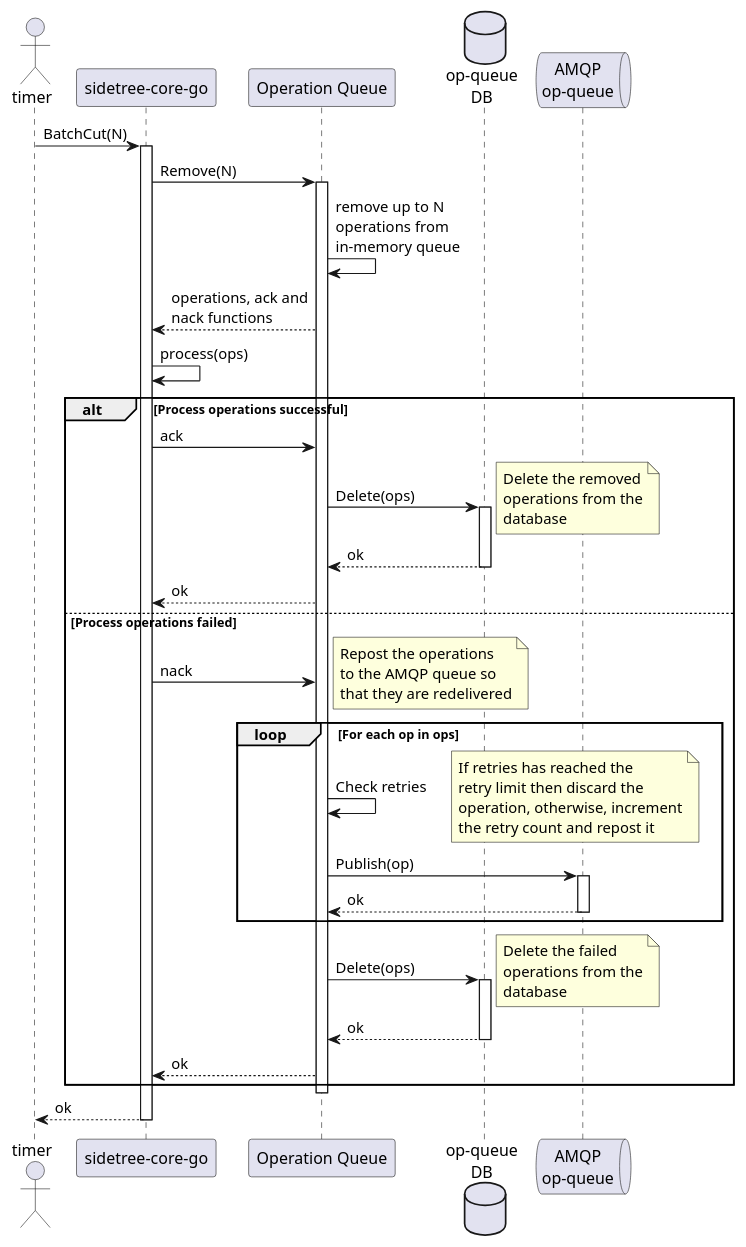
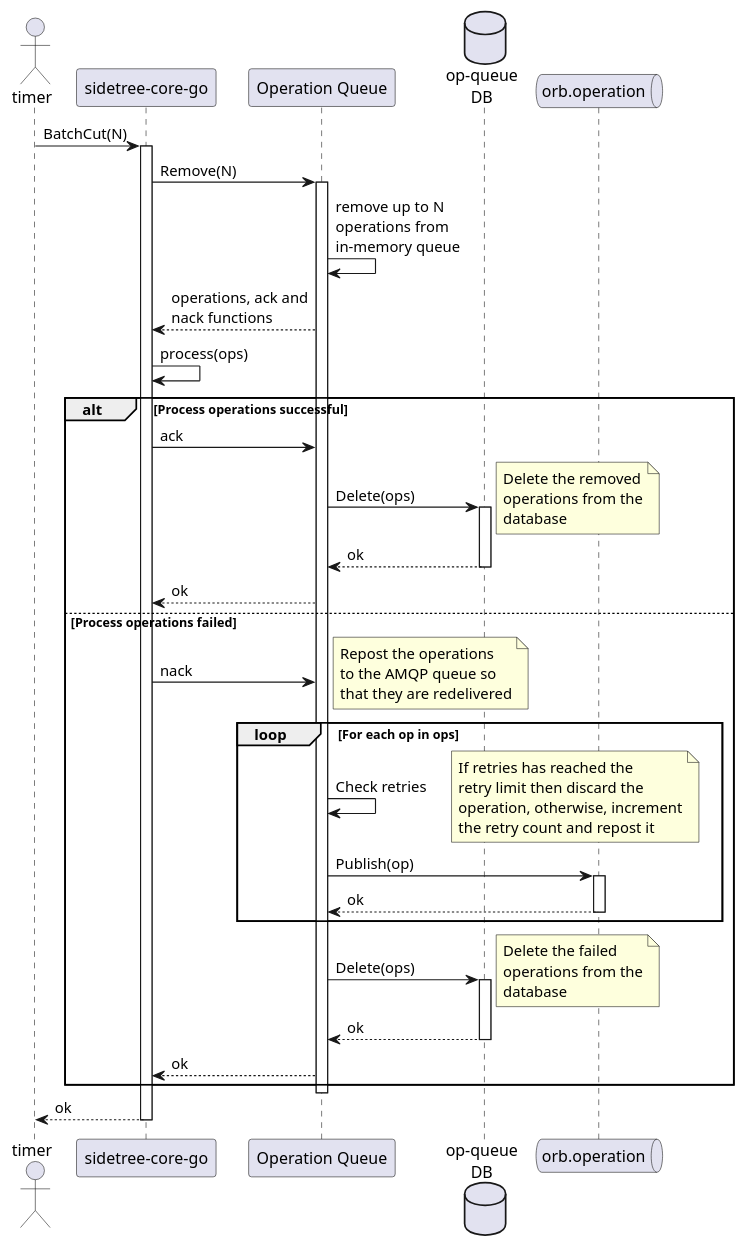
One commit to trustbloc/docs changed the diagram in readthedocs/source/orb/diagrams/op-queue-cut.puml. Above: the diagram before and after it, drawn with PlantUML. The commit also changed 24 other files, not shown here.

```diff
--- a/readthedocs/source/orb/diagrams/op-queue-cut.puml
+++ b/readthedocs/source/orb/diagrams/op-queue-cut.puml
@@ -1,86 +1,86 @@
 @startuml
 'https://plantuml.com/sequence-diagram
 
 actor timer
 
 participant "sidetree-core-go" as client
 
 participant "Operation Queue" as handler
 
 database "op-queue\nDB" as opQueueDB
-queue "AMQP\nop-queue" as opQueue
+queue "orb.operation" as opQueue
 
 timer -> client: BatchCut(N)
 
 activate client
 
 client -> handler: Remove(N)
 
 activate handler
   handler -> handler: remove up to N\noperations from\nin-memory queue
   handler --> client: operations, ack and\nnack functions
 
   client -> client: process(ops)
 
 alt Process operations successful
   client -> handler: ack
 
   handler -> opQueueDB: Delete(ops)
   activate opQueueDB
 
   note right
     Delete the removed
     operations from the
     database
   end note
 
   opQueueDB --> handler: ok
   deactivate opQueueDB
   handler --> client: ok
 else Process operations failed
   client -> handler: nack
 
   note right
     Repost the operations
     to the AMQP queue so
     that they are redelivered
   end note
 
   loop For each op in ops
     handler -> handler: Check retries
 
     note right
       If retries has reached the
       retry limit then discard the
       operation, otherwise, increment
       the retry count and repost it
     end note
 
     handler -> opQueue: Publish(op)
     activate opQueue
     opQueue --> handler: ok
     deactivate opQueue
   end loop
 
   handler -> opQueueDB: Delete(ops)
   activate opQueueDB
 
   note right
     Delete the failed
     operations from the
     database
   end note
 
   opQueueDB --> handler: ok
   deactivate opQueueDB
 
   handler --> client: ok
 end
 
 deactivate handler
 
 client --> timer: ok
 
 deactivate client
 
 @enduml
```
